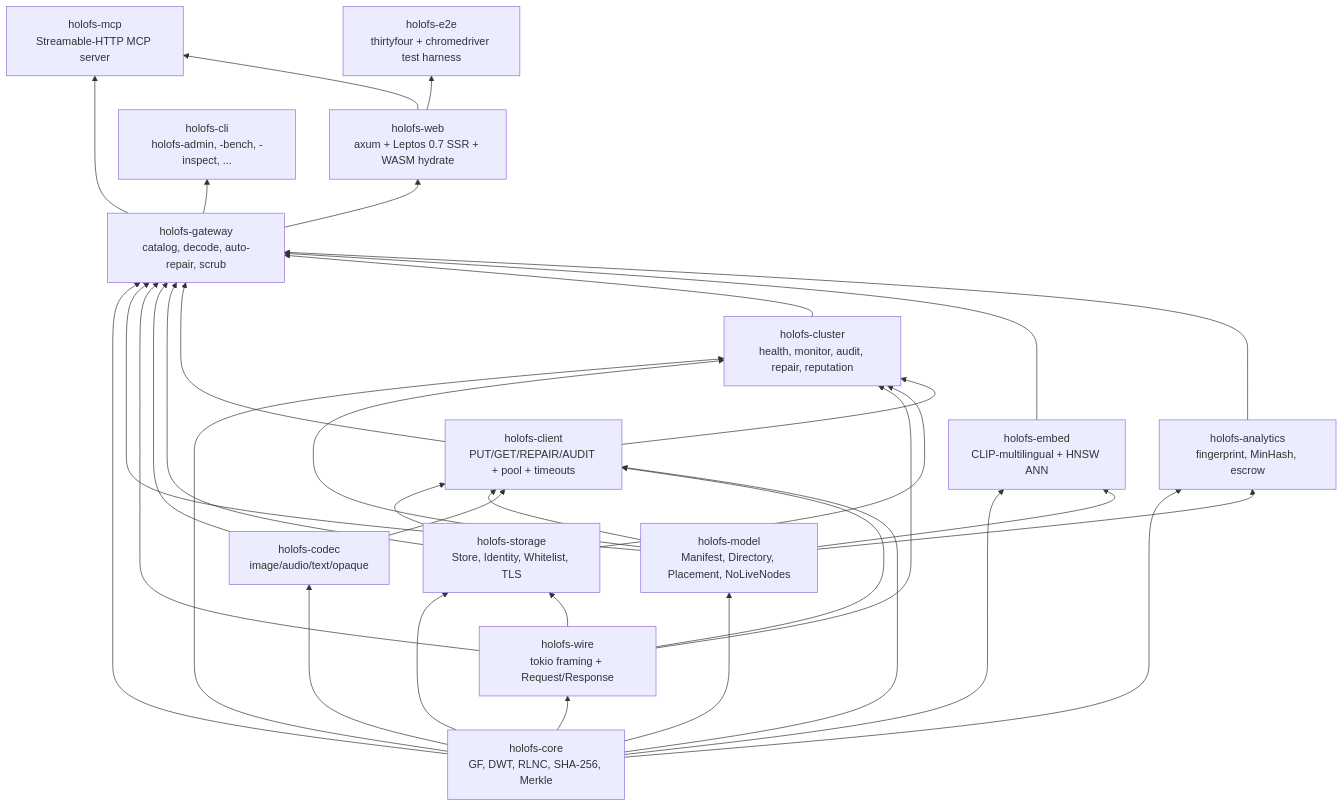
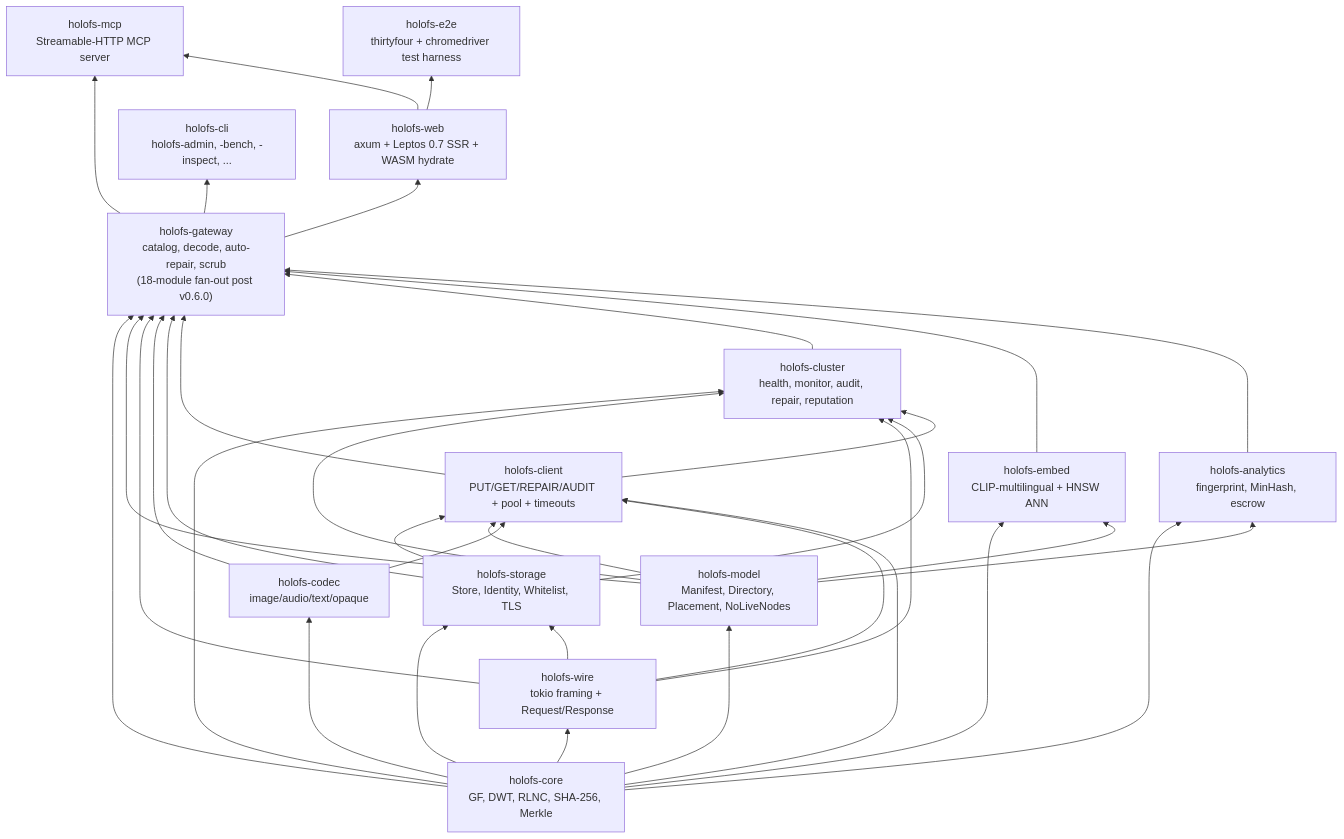
One commit to rmorenko/holofs changed the first of 5 diagrams in docs/architecture.md. Above: the diagram before and after it, drawn with Mermaid. The commit also changed other lines of this file and 12 other files, not shown here.

````diff
--- a/docs/architecture.md
+++ b/docs/architecture.md
@@ -23,51 +23,51 @@
 ```mermaid
 graph BT
     core["holofs-core<br/>GF, DWT, RLNC, SHA-256, Merkle"]
     wire["holofs-wire<br/>tokio framing + Request/Response"]
     model["holofs-model<br/>Manifest, Directory, Placement, NoLiveNodes"]
     codec["holofs-codec<br/>image/audio/text/opaque"]
     storage["holofs-storage<br/>Store, Identity, Whitelist, TLS"]
     client["holofs-client<br/>PUT/GET/REPAIR/AUDIT + pool + timeouts"]
     cluster["holofs-cluster<br/>health, monitor, audit, repair, reputation"]
     embed["holofs-embed<br/>CLIP-multilingual + HNSW ANN"]
     analytics["holofs-analytics<br/>fingerprint, MinHash, escrow"]
-    gateway["holofs-gateway<br/>catalog, decode, auto-repair, scrub"]
+    gateway["holofs-gateway<br/>catalog, decode, auto-repair, scrub<br/>(18-module fan-out post v0.6.0)"]
     mcp["holofs-mcp<br/>Streamable-HTTP MCP server"]
     web["holofs-web<br/>axum + Leptos 0.7 SSR + WASM hydrate"]
     cli["holofs-cli<br/>holofs-admin, -bench, -inspect, ..."]
     e2e["holofs-e2e<br/>thirtyfour + chromedriver test harness"]
 
     core --> wire
     core --> model
     core --> codec
     core --> storage
     wire --> storage
     storage --> client
     model --> client
     codec --> client
     wire --> client
     core --> client
     core --> cluster
     model --> cluster
     wire --> cluster
     storage --> cluster
     client --> cluster
     core --> embed
     model --> embed
     core --> analytics
     model --> analytics
     core --> gateway
     model --> gateway
     wire --> gateway
     codec --> gateway
     storage --> gateway
     client --> gateway
     cluster --> gateway
     embed --> gateway
     analytics --> gateway
     gateway --> mcp
     gateway --> web
     web --> mcp
     gateway --> cli
     web --> e2e
 ```
````
